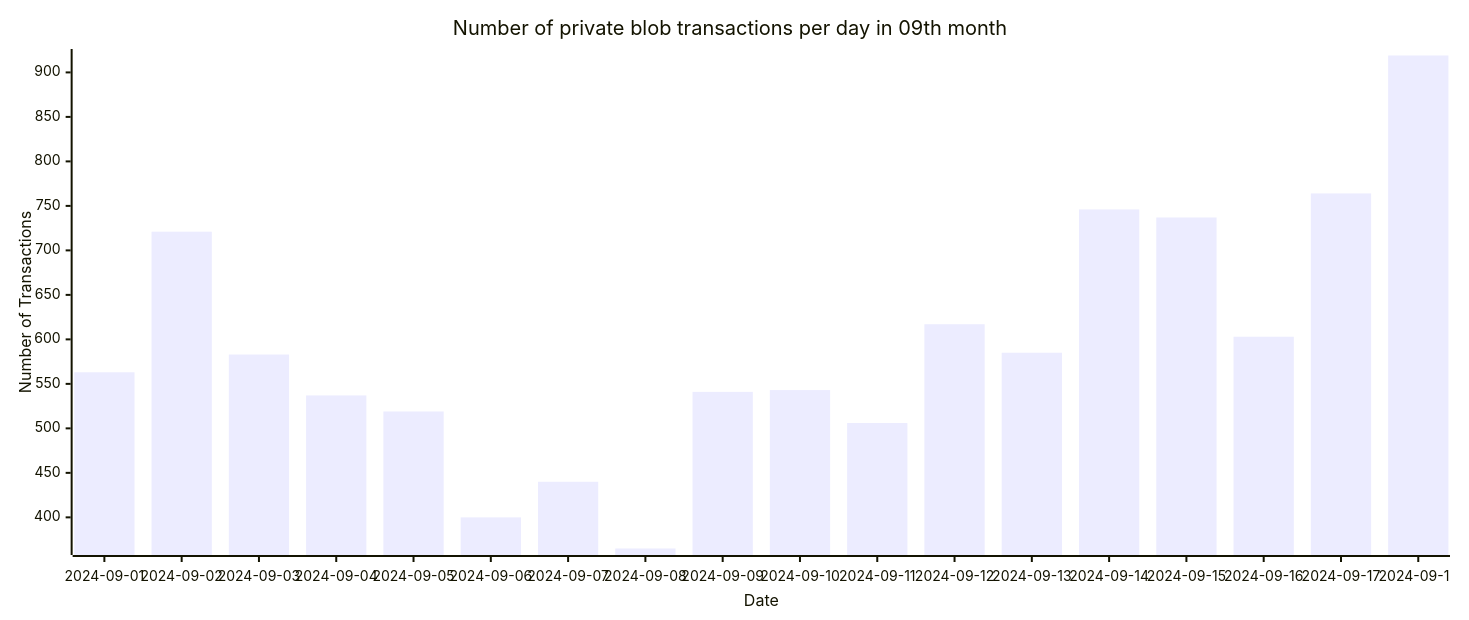
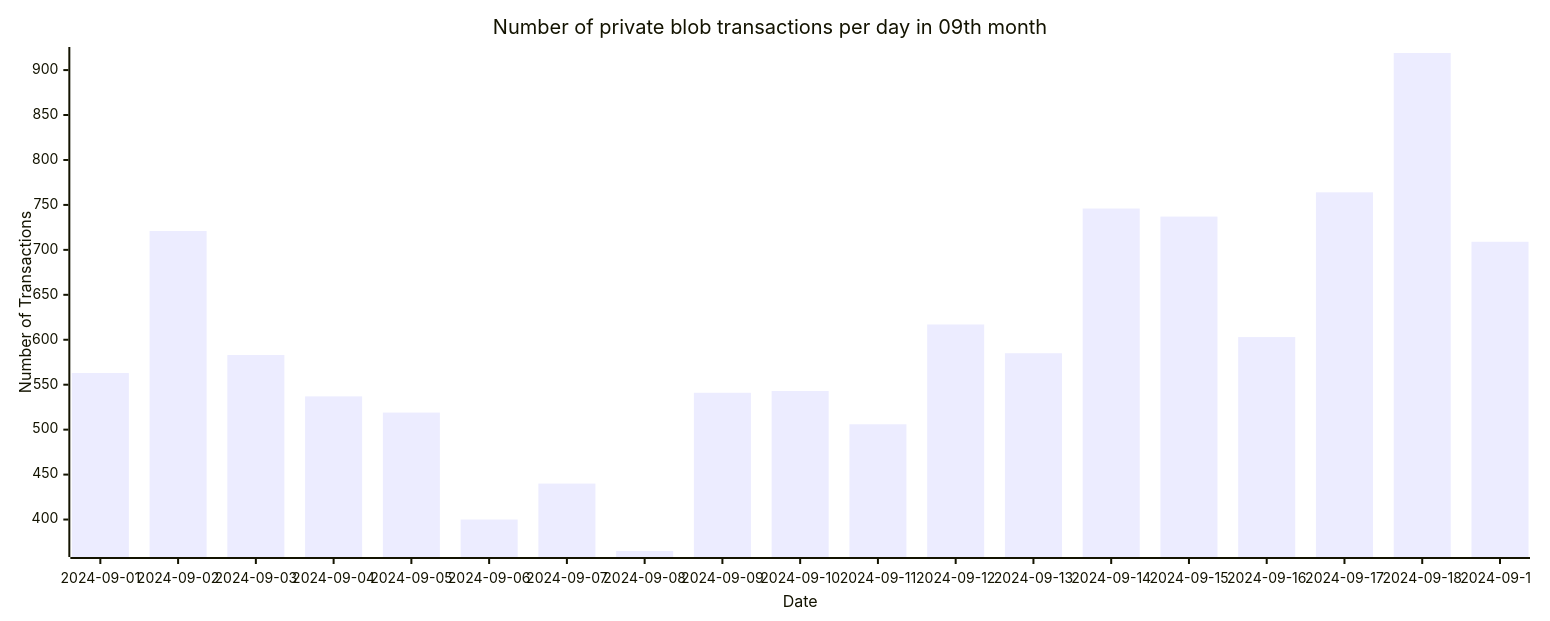
One commit to Amit0617/eip4844-data changed the seventh of 7 diagrams in README.md. Above: the diagram before and after it, drawn with Mermaid. The commit also changed 1 other file, not shown here.

````diff
--- a/README.md
+++ b/README.md
@@ -79,12 +79,12 @@
 ```mermaid
 ---
 config:
     xyChart:
-        width: 1440
+        width: 1520
         height: 600
 ---
 xychart-beta title "Number of private blob transactions per day in 09th month"
-x-axis "Date" [2024-09-01,2024-09-02,2024-09-03,2024-09-04,2024-09-05,2024-09-06,2024-09-07,2024-09-08,2024-09-09,2024-09-10,2024-09-11,2024-09-12,2024-09-13,2024-09-14,2024-09-15,2024-09-16,2024-09-17,2024-09-18]
+x-axis "Date" [2024-09-01,2024-09-02,2024-09-03,2024-09-04,2024-09-05,2024-09-06,2024-09-07,2024-09-08,2024-09-09,2024-09-10,2024-09-11,2024-09-12,2024-09-13,2024-09-14,2024-09-15,2024-09-16,2024-09-17,2024-09-18,2024-09-19]
 y-axis "Number of Transactions"
-bar[563,721,583,537,519,400,440,365,541,543,506,617,585,746,737,603,764,919]
+bar[563,721,583,537,519,400,440,365,541,543,506,617,585,746,737,603,764,919,709]
 ```
````
